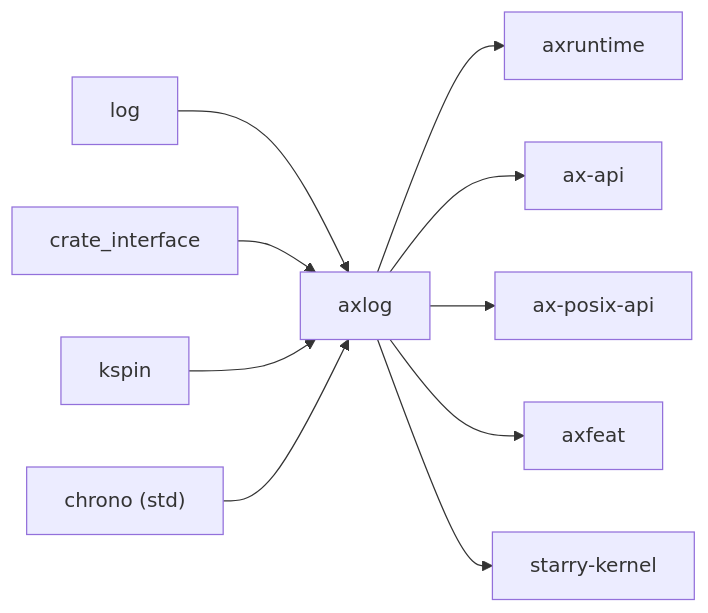
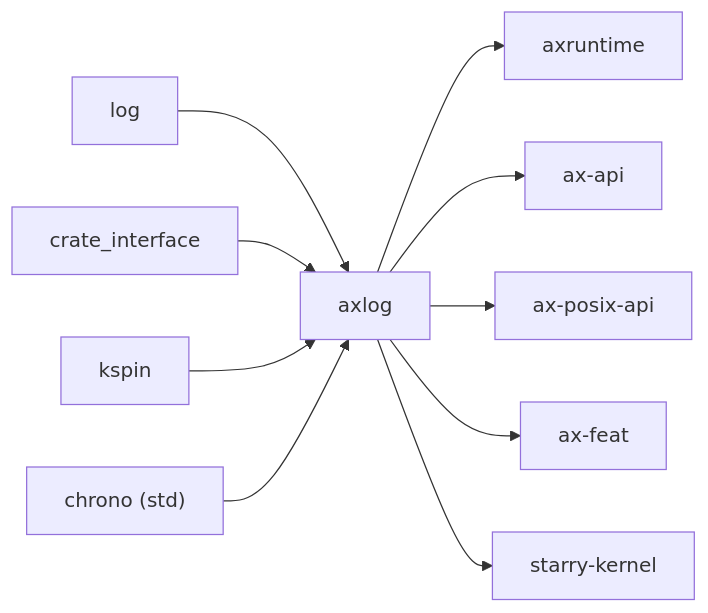
The second of 2 diagrams in docs/crates/axlog.md (zKurisu/tgoskits), drawn with Mermaid before and after one commit. The commit also changed 51 other files, not shown here.

````diff
--- a/docs/crates/axlog.md
+++ b/docs/crates/axlog.md
@@ -78,13 +78,13 @@
 ```mermaid
 graph LR
     log["log"] --> axlog["axlog"]
     crate_interface["crate_interface"] --> axlog
     kspin["kspin"] --> axlog
     chrono["chrono (std)"] --> axlog
 
     axlog --> axruntime["axruntime"]
     axlog --> ax-api["ax-api"]
     axlog --> arceos_posix["ax-posix-api"]
-    axlog --> axfeat["axfeat"]
+    axlog --> ax-feat["ax-feat"]
     axlog --> starry_kernel["starry-kernel"]
 ```
````
